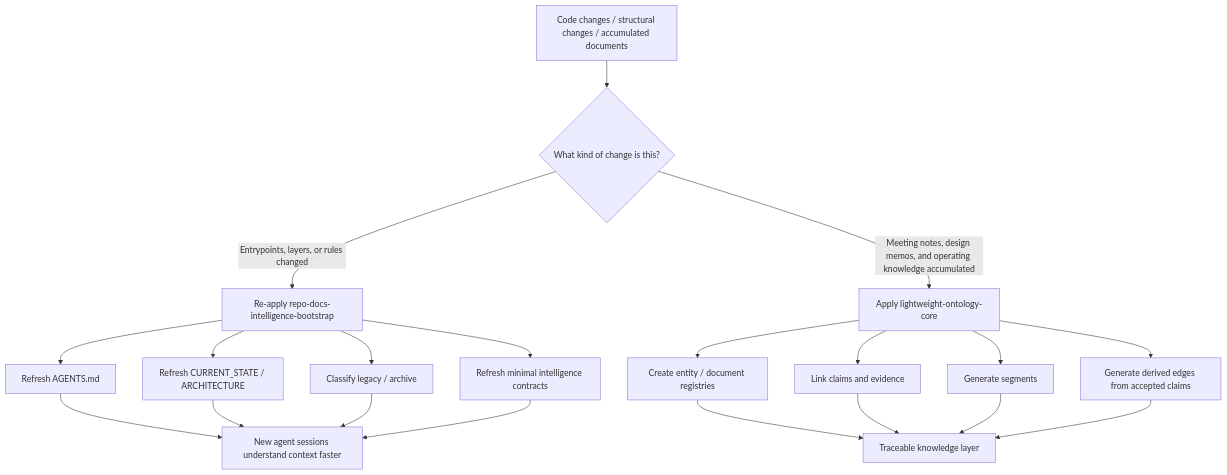
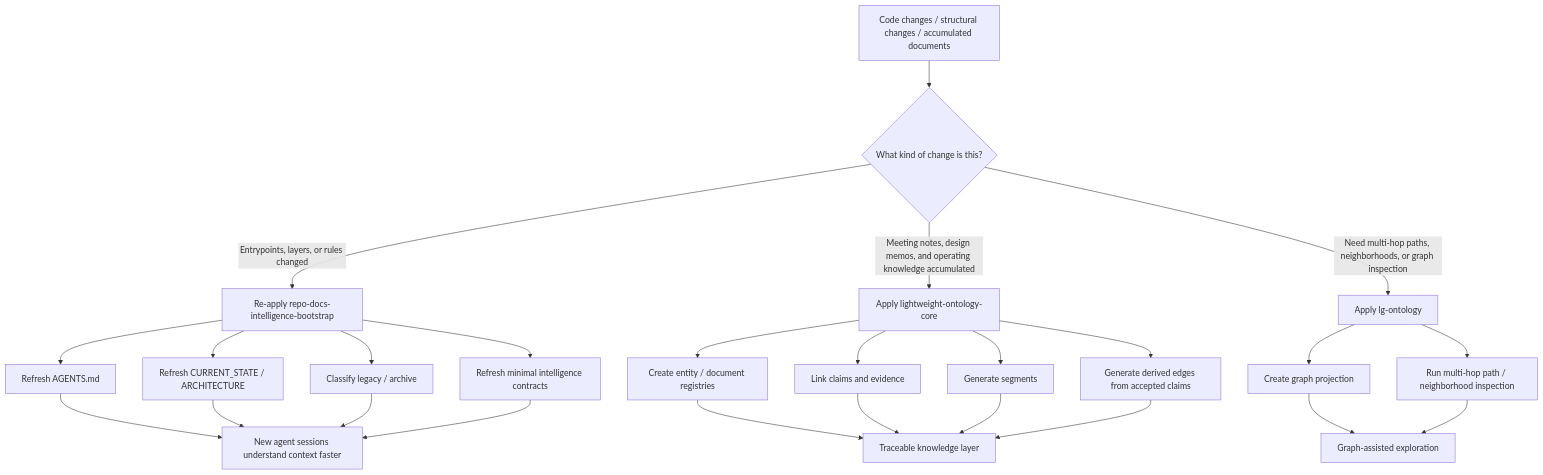
Before and after one commit to tteggu87/repo-docs-ontology-skills: the ninth of 14 diagrams in README.md, drawn with Mermaid. The commit also changed other lines of this file, not shown here.

Commit message:
Patch README drift and Mermaid flows

````diff
--- a/README.md
+++ b/README.md
@@ -703,25 +728,31 @@
 ```mermaid
 flowchart TD
     A["Code changes / structural changes / accumulated documents"] --> B{"What kind of change is this?"}
     B -->|"Entrypoints, layers, or rules changed"| C["Re-apply repo-docs-intelligence-bootstrap"]
     B -->|"Meeting notes, design memos, and operating knowledge accumulated"| D["Apply lightweight-ontology-core"]
+    B -->|"Need multi-hop paths, neighborhoods, or graph inspection"| E["Apply lg-ontology"]
 
-    C --> E["Refresh AGENTS.md"]
-    C --> F["Refresh CURRENT_STATE / ARCHITECTURE"]
-    C --> G["Classify legacy / archive"]
-    C --> H["Refresh minimal intelligence contracts"]
+    C --> F["Refresh AGENTS.md"]
+    C --> G["Refresh CURRENT_STATE / ARCHITECTURE"]
+    C --> H["Classify legacy / archive"]
+    C --> I["Refresh minimal intelligence contracts"]
 
-    D --> I["Create entity / document registries"]
-    D --> J["Link claims and evidence"]
-    D --> K["Generate segments"]
-    D --> L["Generate derived edges from accepted claims"]
+    D --> J["Create entity / document registries"]
+    D --> K["Link claims and evidence"]
+    D --> L["Generate segments"]
+    D --> M["Generate derived edges from accepted claims"]
 
-    E --> M["New agent sessions understand context faster"]
-    F --> M
-    G --> M
-    H --> M
-    I --> N["Traceable knowledge layer"]
-    J --> N
-    K --> N
-    L --> N
+    E --> N["Create graph projection"]
+    E --> O["Run multi-hop path / neighborhood inspection"]
+
+    F --> P["New agent sessions understand context faster"]
+    G --> P
+    H --> P
+    I --> P
+    J --> Q["Traceable knowledge layer"]
+    K --> Q
+    L --> Q
+    M --> Q
+    N --> R["Graph-assisted exploration"]
+    O --> R
 ```
````
